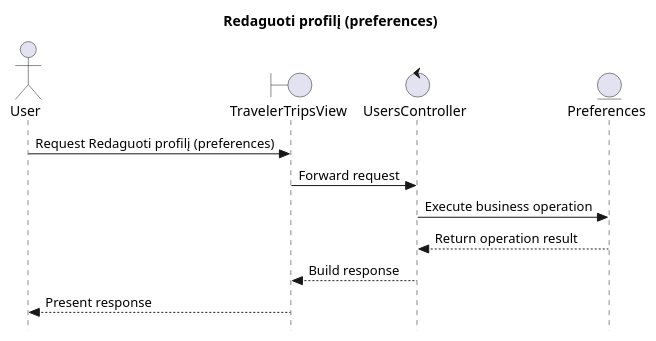
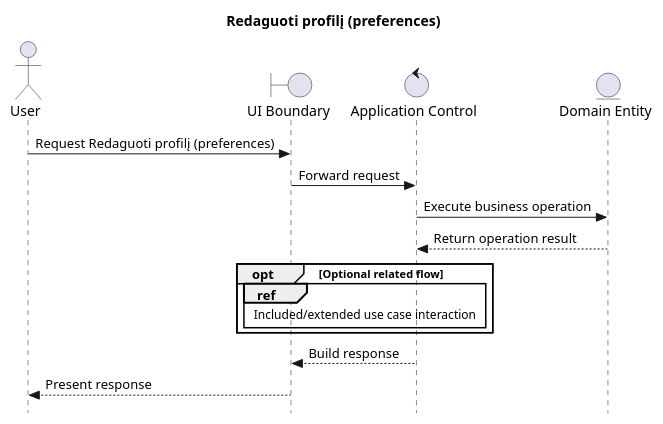
Before and after one commit to SauliusDev/ps-projektas: the diagram in _refs/diagrams-new/sequence/Redaguoti_profilį_(preferences).puml, drawn with PlantUML. The commit also changed 42 other files, not shown here.

Commit message:
fix: satisfy sequence traceability fragment checks

```diff
--- a/_refs/diagrams-new/sequence/Redaguoti_profilį_(preferences).puml
+++ b/_refs/diagrams-new/sequence/Redaguoti_profilį_(preferences).puml
@@ -1,17 +1,22 @@
 @startuml
 skinparam style strictuml
 
 title Redaguoti profilį (preferences)
 
 actor "User" as user
-boundary "TravelerTripsView" as ui
-control "UsersController" as usersController
-entity "Preferences" as preferences
+boundary "UI Boundary" as ui
+control "Application Control" as app
+entity "Domain Entity" as entity
 
 user -> ui: Request Redaguoti profilį (preferences)
-ui -> usersController: Forward request
-usersController -> preferences: Execute business operation
-preferences --> usersController: Return operation result
-usersController --> ui: Build response
+ui -> app: Forward request
+app -> entity: Execute business operation
+entity --> app: Return operation result
+
+opt Optional related flow
+  ref over ui, app : Included/extended use case interaction
+end
+
+app --> ui: Build response
 ui --> user: Present response
 @enduml
```
